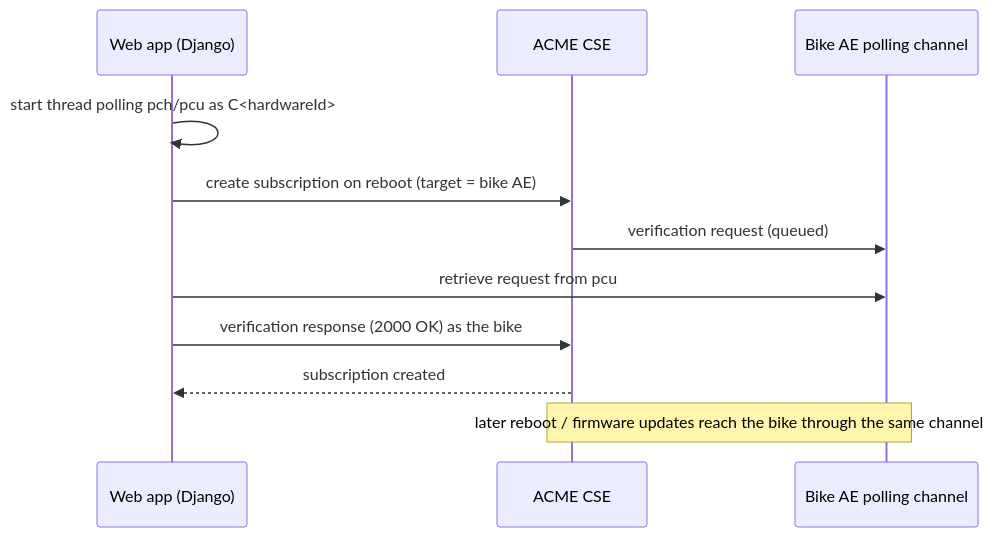
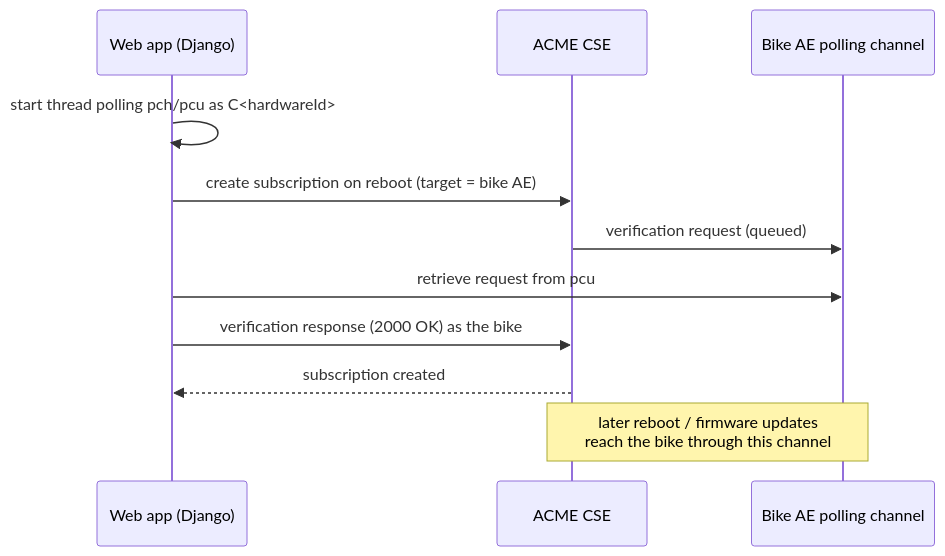
The diagram in README.md (WindHurtLZ/Bike-Share-IoT-Platform), drawn with Mermaid before and after one commit. The commit also changed other lines of this file, not shown here.

Commit message:
docs(readme): fix Mermaid note and stack screenshots

````diff
--- a/README.md
+++ b/README.md
@@ -82,13 +82,13 @@
 ```mermaid
 sequenceDiagram
     participant W as Web app (Django)
     participant C as ACME CSE
     participant P as Bike AE polling channel
     W->>W: start thread polling pch/pcu as C<hardwareId>
     W->>C: create subscription on reboot (target = bike AE)
     C->>P: verification request (queued)
     W->>P: retrieve request from pcu
     W->>C: verification response (2000 OK) as the bike
     C-->>W: subscription created
-    Note over C,P: later reboot / firmware updates reach the bike through the same channel
+    Note over C,P: later reboot / firmware updates<br/>reach the bike through this channel
 ```
````
